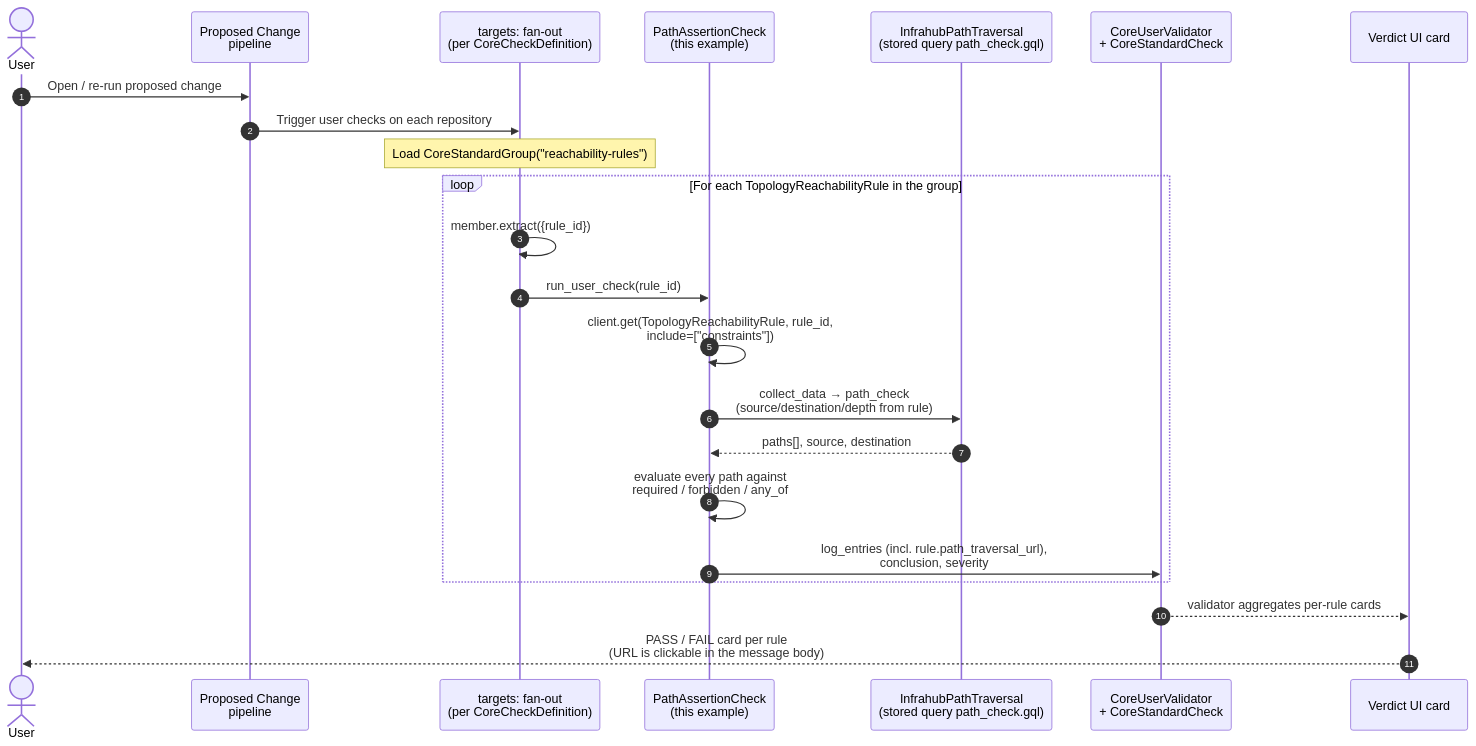
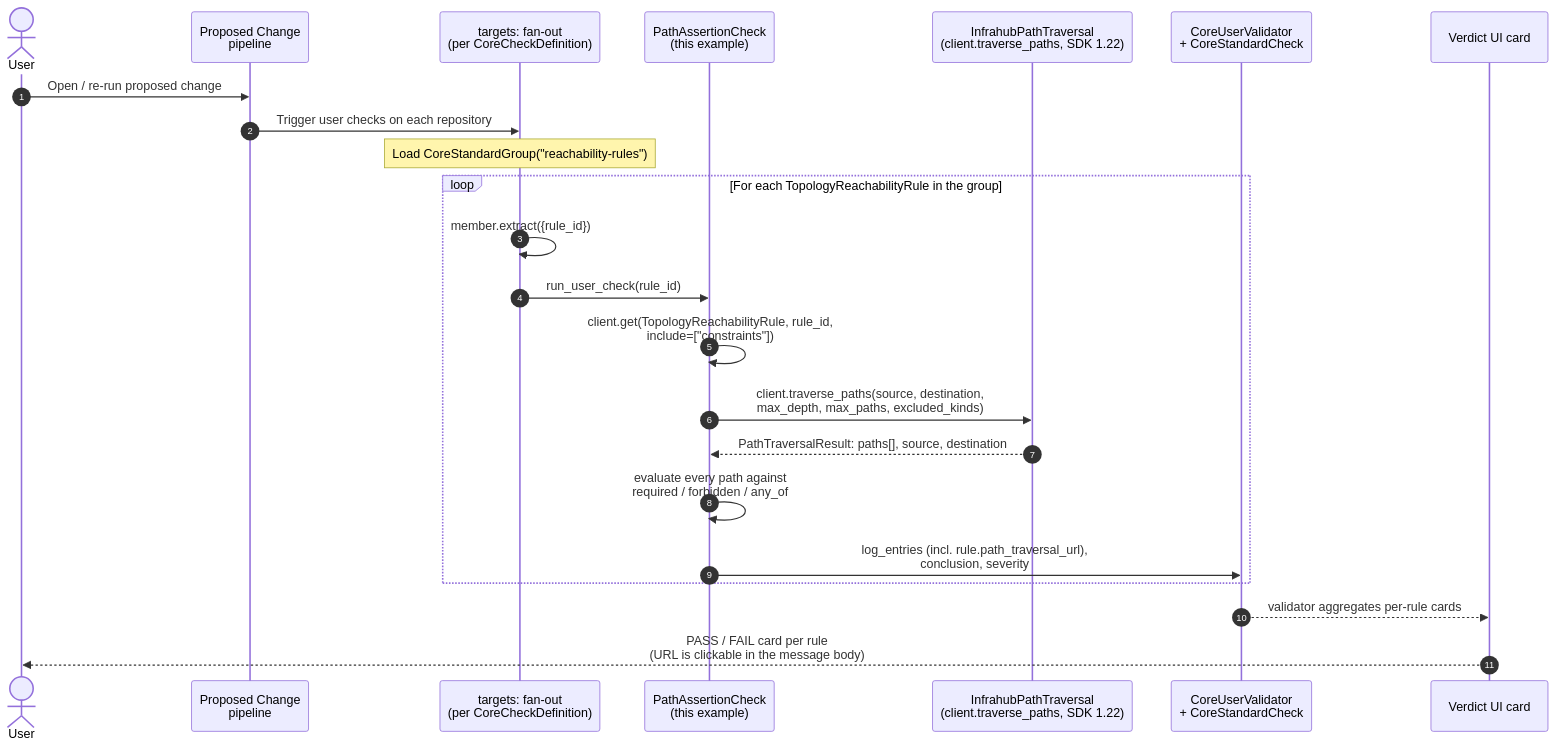
The first of 2 diagrams in README.md (opsmill/infrahub-demo-reachability-check), drawn with Mermaid before and after one commit. The commit also changed other lines of this file and 3 other files, not shown here.

````diff
--- a/README.md
+++ b/README.md
@@ -167,26 +167,26 @@
 ```mermaid
 sequenceDiagram
     autonumber
     actor User
     participant PC as Proposed Change<br/>pipeline
     participant Fan as targets: fan-out<br/>(per CoreCheckDefinition)
     participant Check as PathAssertionCheck<br/>(this example)
-    participant GQL as InfrahubPathTraversal<br/>(stored query path_check.gql)
+    participant GQL as InfrahubPathTraversal<br/>(client.traverse_paths, SDK 1.22)
     participant Verdict as CoreUserValidator<br/>+ CoreStandardCheck
     participant UI as Verdict UI card
 
     User->>PC: Open / re-run proposed change
     PC->>Fan: Trigger user checks on each repository
     Note over Fan: Load CoreStandardGroup("reachability-rules")
     loop For each TopologyReachabilityRule in the group
         Fan->>Fan: member.extract({rule_id})
         Fan->>Check: run_user_check(rule_id)
         Check->>Check: client.get(TopologyReachabilityRule, rule_id,<br/>include=["constraints"])
-        Check->>GQL: collect_data → path_check<br/>(source/destination/depth from rule)
-        GQL-->>Check: paths[], source, destination
+        Check->>GQL: client.traverse_paths(source, destination,<br/>max_depth, max_paths, excluded_kinds)
+        GQL-->>Check: PathTraversalResult: paths[], source, destination
         Check->>Check: evaluate every path against<br/>required / forbidden / any_of
         Check->>Verdict: log_entries (incl. rule.path_traversal_url),<br/>conclusion, severity
     end
     Verdict-->>UI: validator aggregates per-rule cards
     UI-->>User: PASS / FAIL card per rule<br/>(URL is clickable in the message body)
 ```
````
